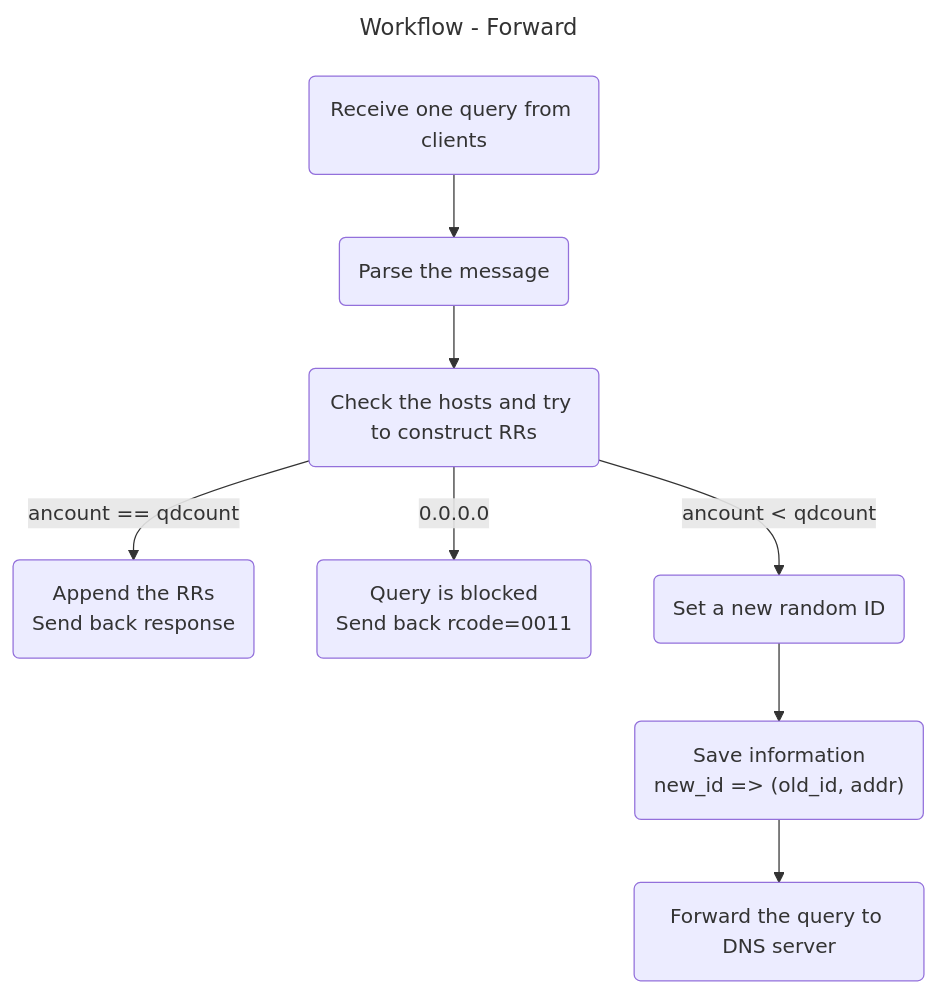
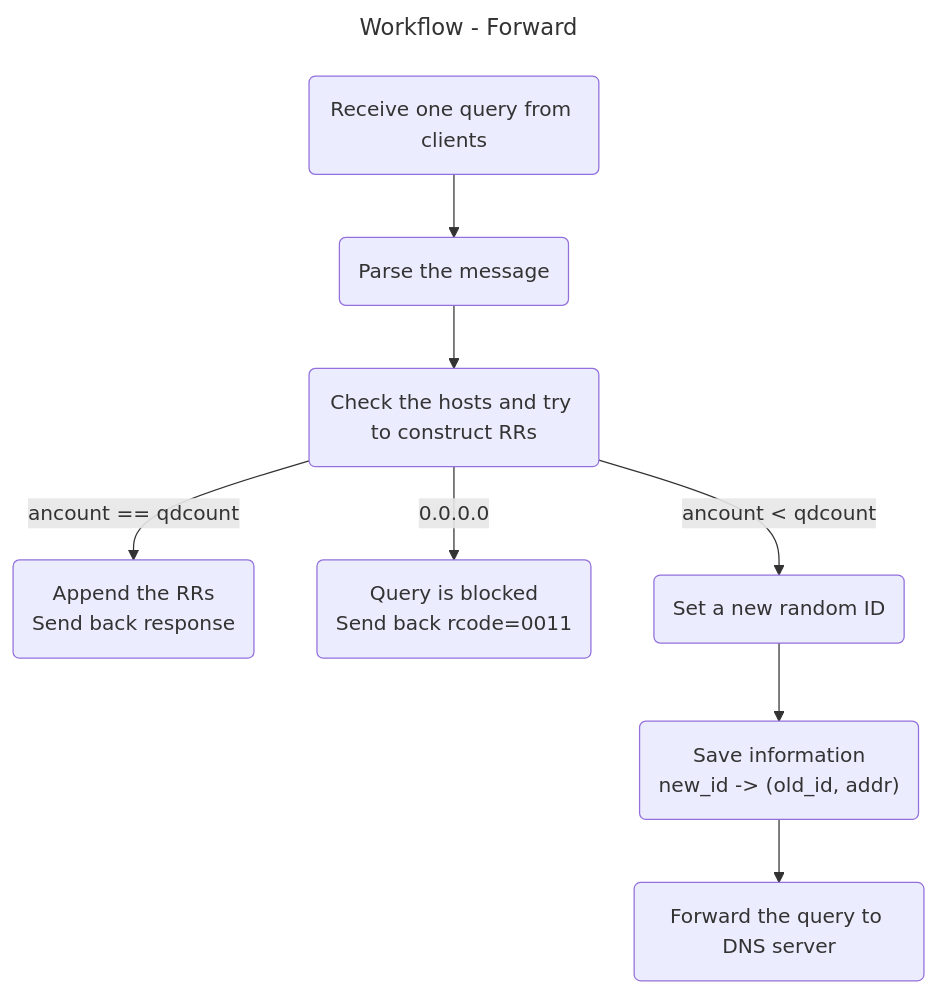
Before and after one commit to Arcohol/mini-dns-relay: the first of 2 diagrams in report.md, drawn with Mermaid. The commit also changed other lines of this file and 10 other files, not shown here.

````diff
--- a/report.md
+++ b/report.md
@@ -37,21 +47,21 @@
 ```mermaid
 ---
 title: Workflow - Forward
 ---
 flowchart TD
 	A(Receive one query from clients)
 	B(Parse the message)
 	C(Check the hosts and try to construct RRs)
 	D("`Append the RRs
 	Send back response`")
 	E(Forward the query to DNS server)
 	F("`Query is blocked
 	Send back rcode=0011`")
 	X(Set a new random ID)
 	Y("`Save information
-	new_id => (old_id, addr)`")
+	new_id -> (old_id, addr)`")
 	A-->B-->C
 	C-->|ancount == qdcount|D
 	C-->|ancount < qdcount|X-->Y-->E
 	C-->|0.0.0.0|F
 ```
````
